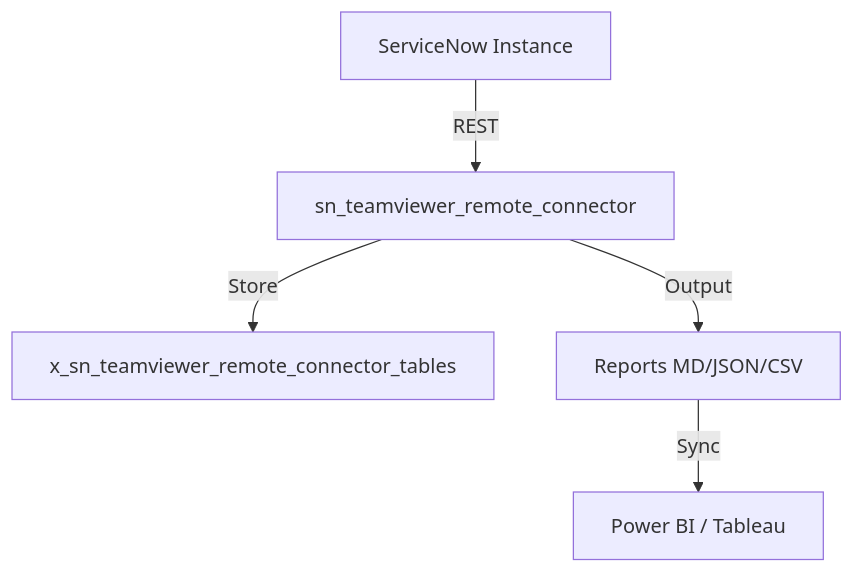
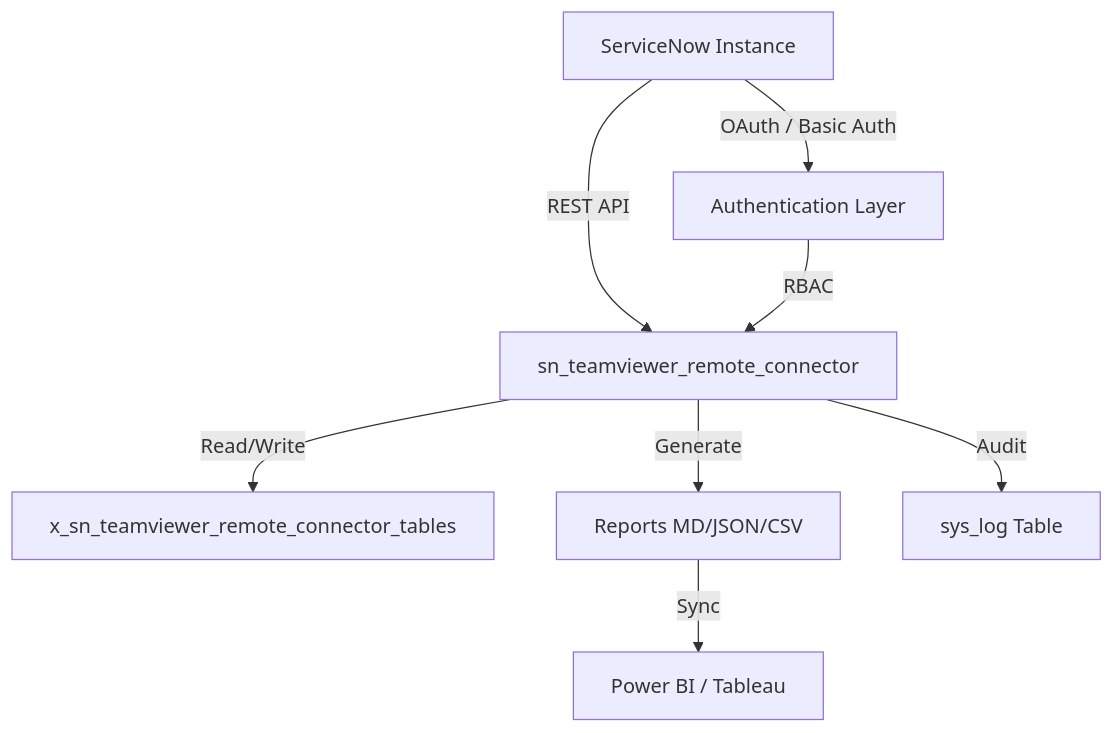
One commit to vladarchitectservicenow-oss/sn_teamviewer_remote_connector changed the diagram in README.md. Above: the diagram before and after it, drawn with Mermaid. The commit also changed other lines of this file, not shown here.

````diff
--- a/README.md
+++ b/README.md
@@ -54,7 +22,10 @@
 ```mermaid
 graph TD
-    SN[ServiceNow Instance] -->|REST| sn_teamviewer_remote_connector
-    sn_teamviewer_remote_connector -->|Store| DB[x_sn_teamviewer_remote_connector_tables]
-    sn_teamviewer_remote_connector -->|Output| Report[Reports MD/JSON/CSV]
+    SN[ServiceNow Instance] -->|REST API| sn_teamviewer_remote_connector
+    sn_teamviewer_remote_connector -->|Read/Write| DB[x_sn_teamviewer_remote_connector_tables]
+    sn_teamviewer_remote_connector -->|Generate| Report[Reports MD/JSON/CSV]
     Report -->|Sync| BI[Power BI / Tableau]
+    sn_teamviewer_remote_connector -->|Audit| LOG[sys_log Table]
+    SN -->|OAuth / Basic Auth| AUTH[Authentication Layer]
+    AUTH -->|RBAC| sn_teamviewer_remote_connector
 ```
````
